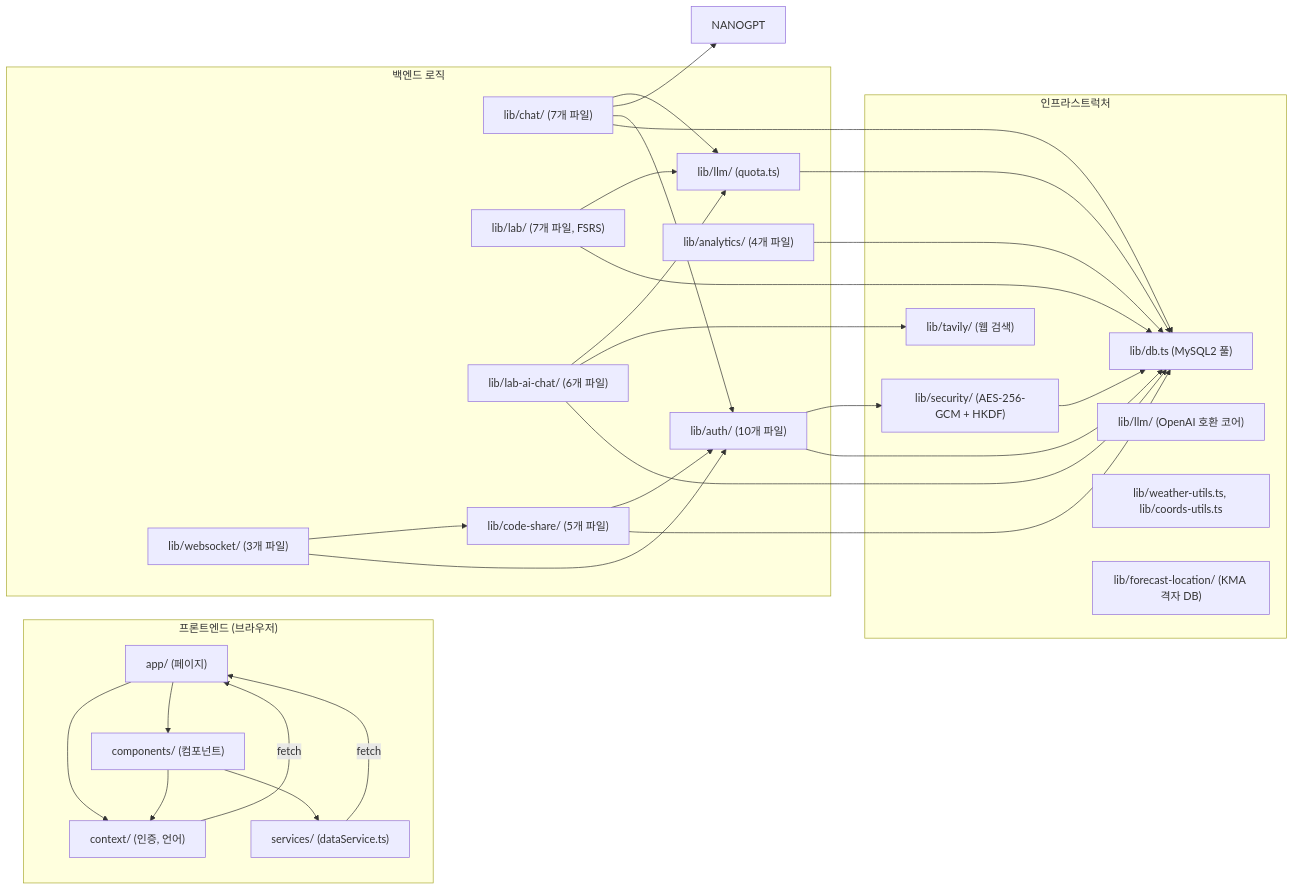
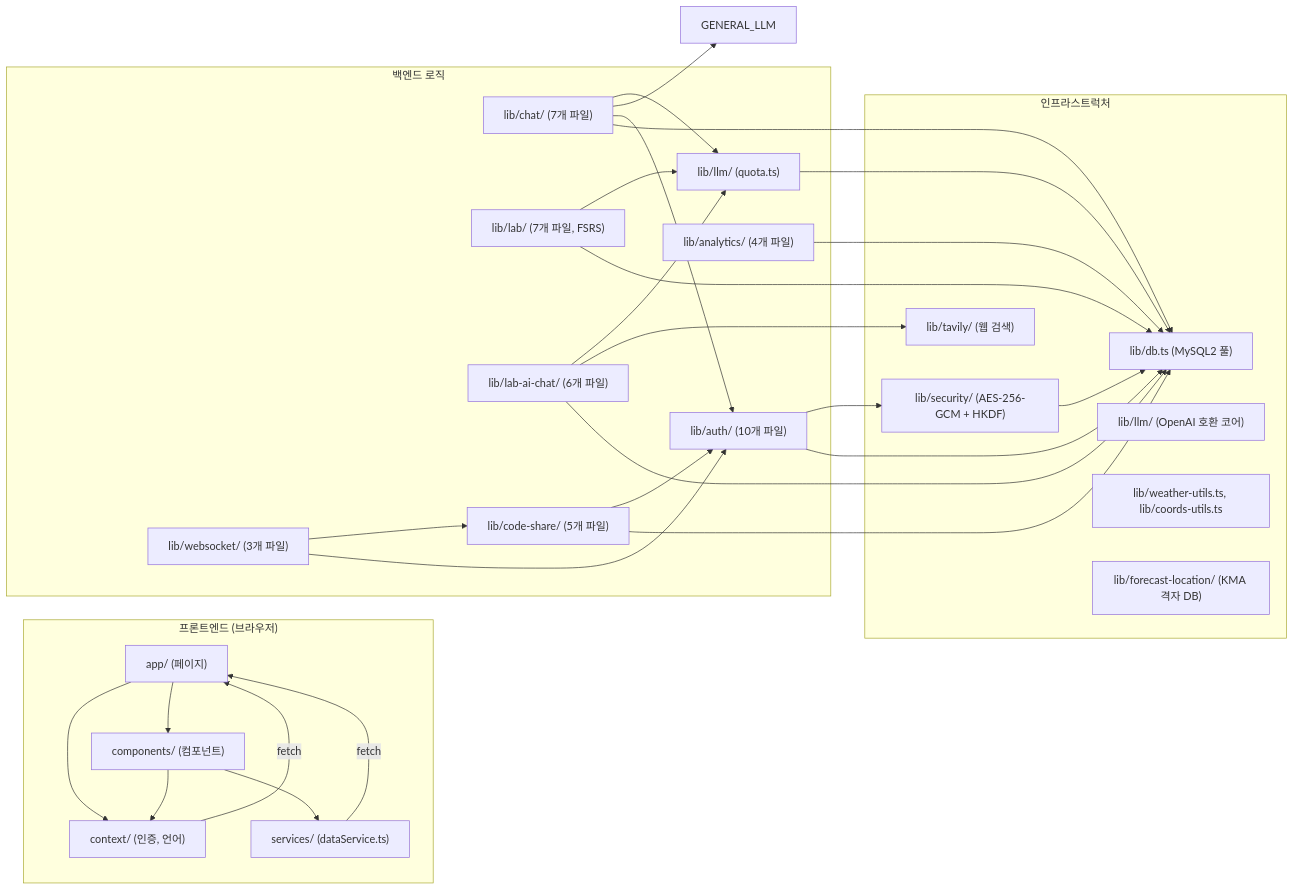
Before and after one commit to kim0040/Nadeulhae: the tenth of 17 diagrams in docs/ARCHITECTURE_UML_KO.md, drawn with Mermaid. The commit also changed other lines of this file and 3 other files, not shown here.

First line of the commit message:
docs: sync README counts, fix ARCHITECTURE_UML_KO provider names

````diff
--- a/docs/ARCHITECTURE_UML_KO.md
+++ b/docs/ARCHITECTURE_UML_KO.md
@@ -1001,57 +1001,57 @@
 ```mermaid
 graph LR
     subgraph Frontend["프론트엔드 (브라우저)"]
         PAGES["app/ (페이지)"]
         COMPONENTS["components/ (컴포넌트)"]
         CONTEXT["context/ (인증, 언어)"]
         SERVICES["services/ (dataService.ts)"]
     end
 
     subgraph Backend["백엔드 로직"]
         AUTH_LIB["lib/auth/ (10개 파일)"]
         CHAT_LIB["lib/chat/ (7개 파일)"]
         LAB_LIB["lib/lab/ (7개 파일, FSRS)"]
         LAB_AI_LIB["lib/lab-ai-chat/ (6개 파일)"]
         CODE_SHARE_LIB["lib/code-share/ (5개 파일)"]
         WS_LIB["lib/websocket/ (3개 파일)"]
         LLM_QUOTA["lib/llm/ (quota.ts)"]
         ANALYTICS_LIB["lib/analytics/ (4개 파일)"]
     end
 
     subgraph Infrastructure["인프라스트럭처"]
         DB_LIB["lib/db.ts (MySQL2 풀)"]
         SECURITY_LIB["lib/security/ (AES-256-GCM + HKDF)"]
         LLM_CLIENT["lib/llm/ (OpenAI 호환 코어)"]
         TAVILY_LIB["lib/tavily/ (웹 검색)"]
         WEATHER_UTILS["lib/weather-utils.ts, lib/coords-utils.ts"]
         FORECAST_GRID["lib/forecast-location/ (KMA 격자 DB)"]
     end
 
     PAGES --> COMPONENTS
     PAGES --> CONTEXT
     COMPONENTS --> CONTEXT
     COMPONENTS --> SERVICES
 
     AUTH_LIB --> DB_LIB
     AUTH_LIB --> SECURITY_LIB
     CHAT_LIB --> DB_LIB
     CHAT_LIB --> AUTH_LIB
-    CHAT_LIB --> NANOGPT
+    CHAT_LIB --> GENERAL_LLM
     CHAT_LIB --> LLM_QUOTA
     LAB_LIB --> DB_LIB
     LAB_LIB --> LLM_QUOTA
     LAB_AI_LIB --> DB_LIB
     LAB_AI_LIB --> TAVILY_LIB
     LAB_AI_LIB --> LLM_QUOTA
     CODE_SHARE_LIB --> DB_LIB
     CODE_SHARE_LIB --> AUTH_LIB
     WS_LIB --> AUTH_LIB
     WS_LIB --> CODE_SHARE_LIB
     ANALYTICS_LIB --> DB_LIB
 
     SECURITY_LIB --> DB_LIB
     LLM_QUOTA --> DB_LIB
 
     SERVICES -->|fetch| PAGES
     CONTEXT -->|fetch| PAGES
 ```
````
